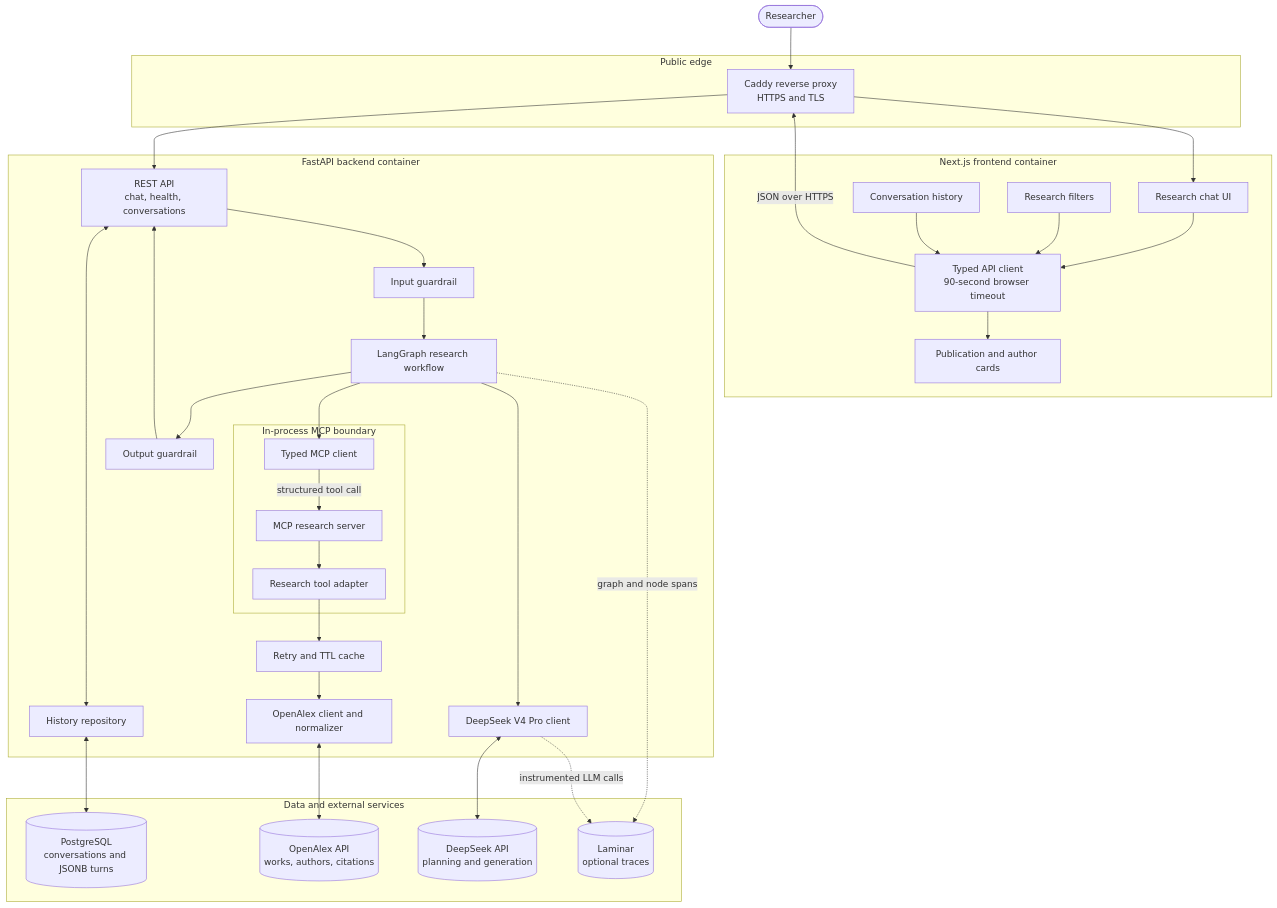
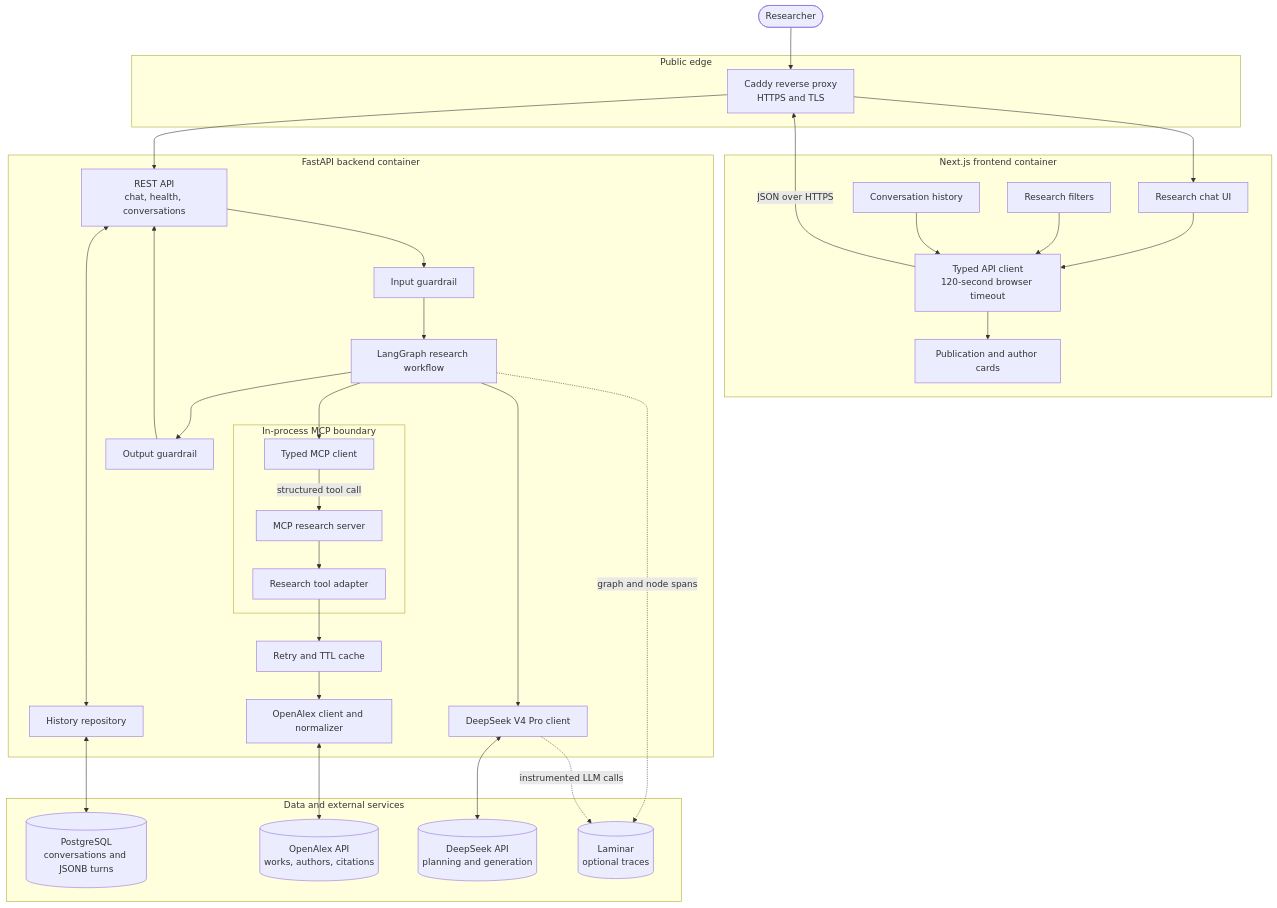
One commit to Yarroudh/Literae changed the first of 4 diagrams in docs/architecture.md. Above: the diagram before and after it, drawn with Mermaid. The commit also changed other lines of this file and 5 other files, not shown here.

````diff
--- a/docs/architecture.md
+++ b/docs/architecture.md
@@ -7,63 +7,63 @@
 ```mermaid
 flowchart TB
     User([Researcher])
 
     subgraph Public[Public edge]
         Caddy[Caddy reverse proxy<br/>HTTPS and TLS]
     end
 
     subgraph Frontend[Next.js frontend container]
         UI[Research chat UI]
         Filters[Research filters]
         Cards[Publication and author cards]
         HistoryUI[Conversation history]
-        ApiClient[Typed API client<br/>90-second browser timeout]
+        ApiClient[Typed API client<br/>120-second browser timeout]
         UI --> ApiClient
         Filters --> ApiClient
         ApiClient --> Cards
         HistoryUI --> ApiClient
     end
 
     subgraph Backend[FastAPI backend container]
         Routes[REST API<br/>chat, health, conversations]
         InputGuard[Input guardrail]
         Workflow[LangGraph research workflow]
         OutputGuard[Output guardrail]
         HistoryRepo[History repository]
         DeepSeek[DeepSeek V4 Pro client]
 
         subgraph ResearchBoundary[In-process MCP boundary]
             MCPClient[Typed MCP client]
             MCPServer[MCP research server]
             Tools[Research tool adapter]
             MCPClient -->|structured tool call| MCPServer
             MCPServer --> Tools
         end
 
         Resilience[Retry and TTL cache]
         OpenAlexClient[OpenAlex client and normalizer]
 
         Routes --> InputGuard --> Workflow
         Workflow --> DeepSeek
         Workflow --> MCPClient
         Tools --> Resilience --> OpenAlexClient
         Workflow --> OutputGuard --> Routes
         Routes <--> HistoryRepo
     end
 
     subgraph Data[Data and external services]
         PostgreSQL[(PostgreSQL<br/>conversations and JSONB turns)]
         OpenAlex[(OpenAlex API<br/>works, authors, citations)]
         DeepSeekAPI[(DeepSeek API<br/>planning and generation)]
         Laminar[(Laminar<br/>optional traces)]
     end
 
     User --> Caddy --> UI
     ApiClient -->|JSON over HTTPS| Caddy
     Caddy --> Routes
     HistoryRepo <--> PostgreSQL
     OpenAlexClient <--> OpenAlex
     DeepSeek <--> DeepSeekAPI
     Workflow -. graph and node spans .-> Laminar
     DeepSeek -. instrumented LLM calls .-> Laminar
 ```
````
